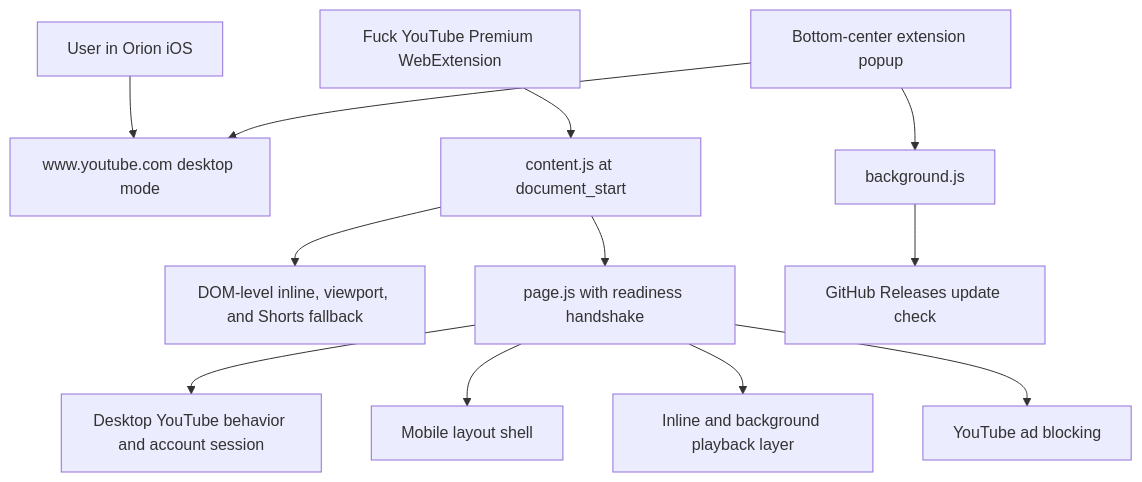
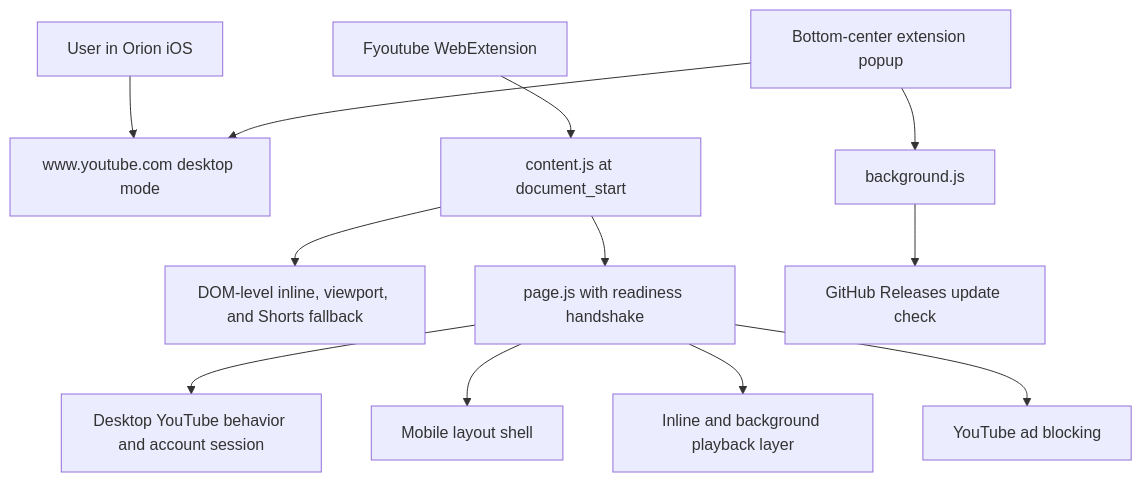
The first of 2 diagrams in ARCHITECTURE.md (aditauqir/fyp), drawn with Mermaid before and after one commit. The commit also changed other lines of this file and 30 other files, not shown here.

````diff
--- a/ARCHITECTURE.md
+++ b/ARCHITECTURE.md
@@ -21,14 +21,14 @@
 ```mermaid
 flowchart TD
     U["User in Orion iOS"] --> O["www.youtube.com desktop mode"]
-    E["Fuck YouTube Premium WebExtension"] --> C["content.js at document_start"]
+    E["Fyoutube WebExtension"] --> C["content.js at document_start"]
     C --> F["DOM-level inline, viewport, and Shorts fallback"]
     C --> P["page.js with readiness handshake"]
     P --> B["Desktop YouTube behavior and account session"]
     P --> M["Mobile layout shell"]
     P --> V["Inline and background playback layer"]
     P --> D["YouTube ad blocking"]
     W["background.js"] --> G["GitHub Releases update check"]
     X["Bottom-center extension popup"] --> O
     X --> W
 ```
````
